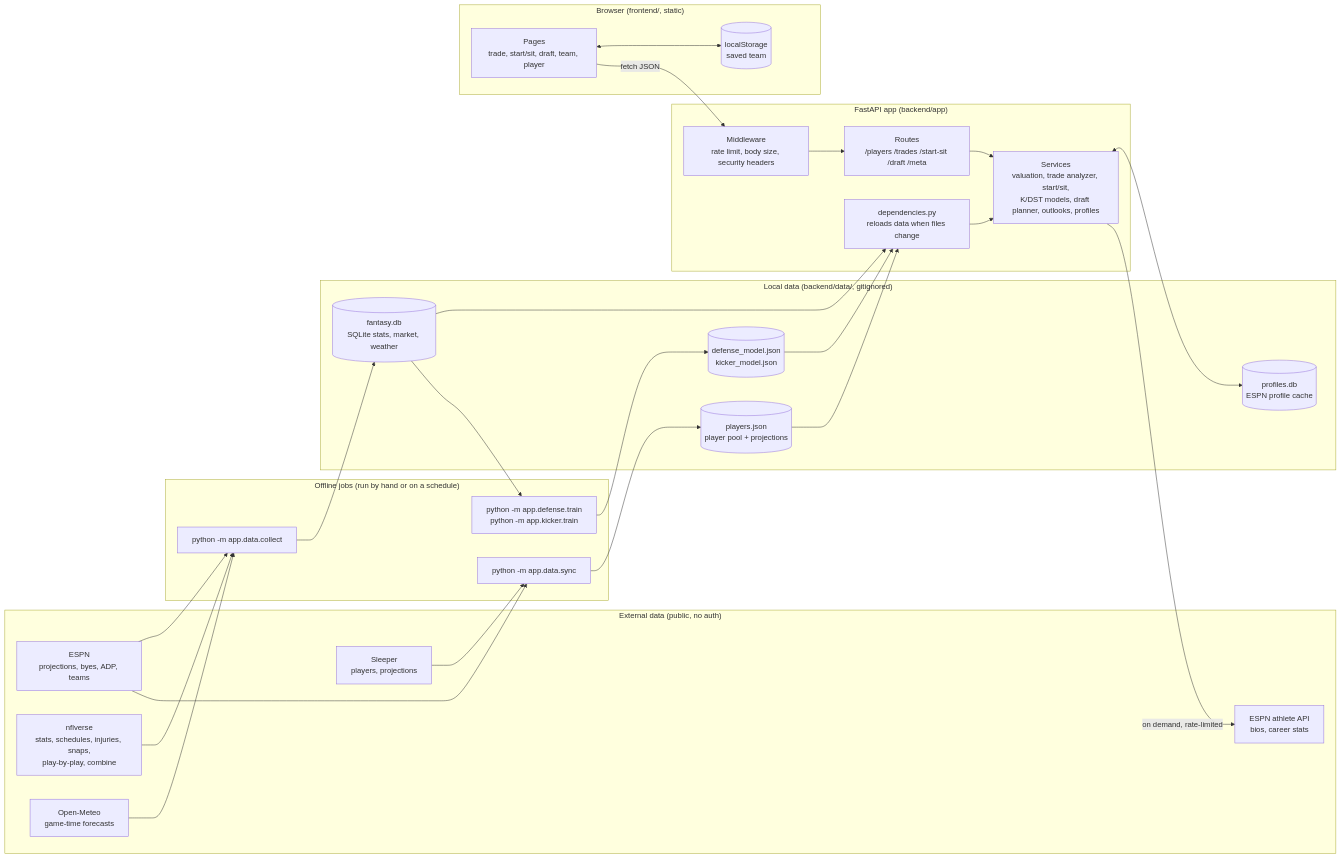
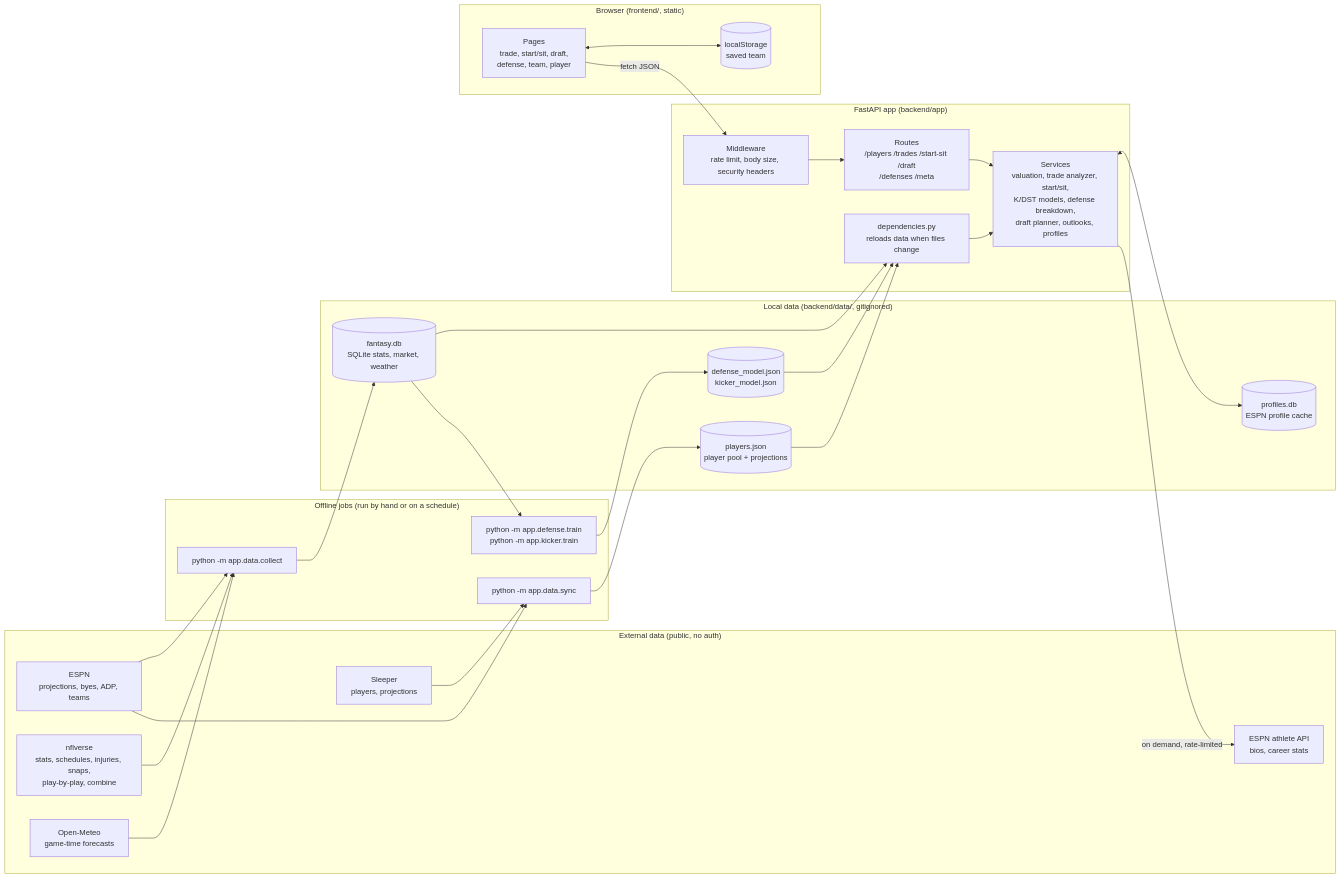
One commit to Cory585/Fantasy-Cheat-Code changed the diagram in README.md. Above: the diagram before and after it, drawn with Mermaid. The commit also changed other lines of this file, not shown here.

Commit message:
Add the defense breakdown page, its endpoints, and longer history collection to the README

````diff
--- a/README.md
+++ b/README.md
@@ -16,57 +17,57 @@
 ```mermaid
 flowchart LR
     subgraph sources["External data (public, no auth)"]
         sleeper["Sleeper<br/>players, projections"]
         espn["ESPN<br/>projections, byes, ADP, teams"]
         nflverse["nflverse<br/>stats, schedules, injuries, snaps,<br/>play-by-play, combine"]
         meteo["Open-Meteo<br/>game-time forecasts"]
         espnAth["ESPN athlete API<br/>bios, career stats"]
     end
 
     subgraph jobs["Offline jobs (run by hand or on a schedule)"]
         sync["python -m app.data.sync"]
         collect["python -m app.data.collect"]
         train["python -m app.defense.train<br/>python -m app.kicker.train"]
     end
 
     subgraph store["Local data (backend/data/, gitignored)"]
         cache[("players.json<br/>player pool + projections")]
         db[("fantasy.db<br/>SQLite stats, market, weather")]
         models[("defense_model.json<br/>kicker_model.json")]
         profiles[("profiles.db<br/>ESPN profile cache")]
     end
 
     subgraph api["FastAPI app (backend/app)"]
         mw["Middleware<br/>rate limit, body size, security headers"]
-        routes["Routes<br/>/players /trades /start-sit /draft /meta"]
+        routes["Routes<br/>/players /trades /start-sit /draft<br/>/defenses /meta"]
         deps["dependencies.py<br/>reloads data when files change"]
-        services["Services<br/>valuation, trade analyzer, start/sit,<br/>K/DST models, draft planner, outlooks, profiles"]
+        services["Services<br/>valuation, trade analyzer, start/sit,<br/>K/DST models, defense breakdown,<br/>draft planner, outlooks, profiles"]
     end
 
     subgraph web["Browser (frontend/, static)"]
-        pages["Pages<br/>trade, start/sit, draft, team, player"]
+        pages["Pages<br/>trade, start/sit, draft,<br/>defense, team, player"]
         ls[("localStorage<br/>saved team")]
     end
 
     sleeper --> sync
     espn --> sync
     espn --> collect
     nflverse --> collect
     meteo --> collect
     sync --> cache
     collect --> db
     db --> train
     train --> models
 
     cache --> deps
     db --> deps
     models --> deps
     deps --> services
     routes --> services
     mw --> routes
     services -- "on demand, rate-limited" --> espnAth
     services <--> profiles
 
     pages -- "fetch JSON" --> mw
     pages <--> ls
 ```
````
